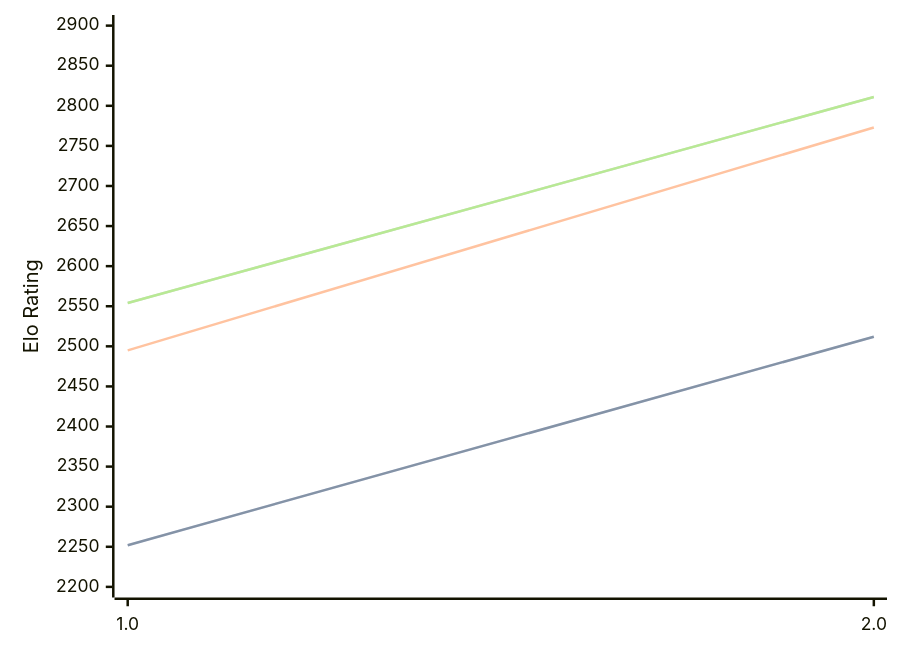
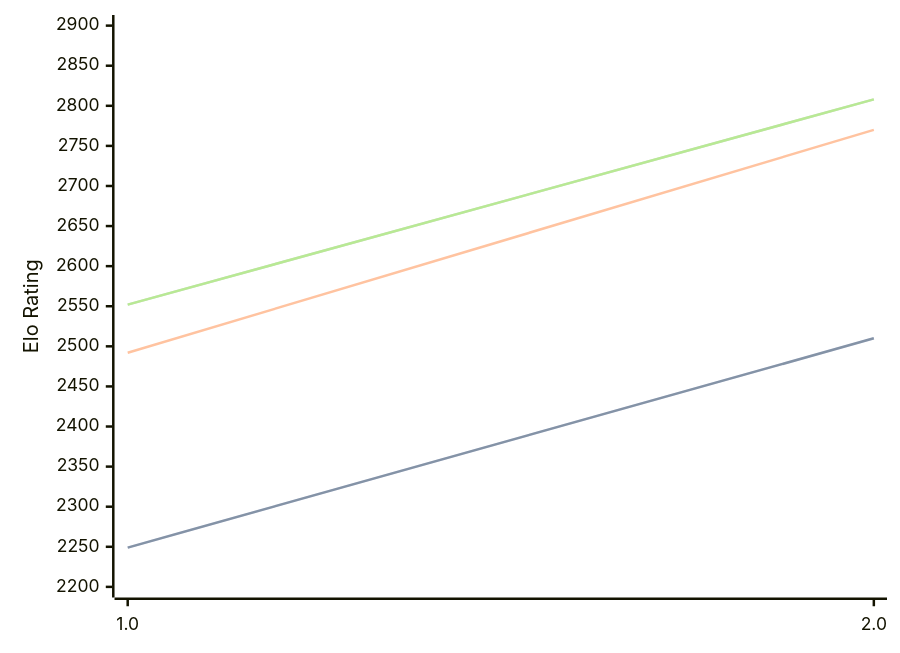
Before and after one commit to computer-chess-index/cci: the diagram in engines/Revolver.md, drawn with Mermaid. The commit also changed other lines of this file, not shown here.

Commit message:
Update CCI Ratings (ELO VLTC) - 2026-06-08

````diff
--- a/engines/Revolver.md
+++ b/engines/Revolver.md
@@ -32,11 +32,11 @@
 ```mermaid
 %%{init: {"theme":"base","themeVariables":{"seriesColors:['#a3a3a3','#222221','#faa371']}}}%%
 xychart-beta
   x-axis ["1.0", "2.0"]
   y-axis "Elo Rating" 2200 --> 2900
-  line "STC (8.0+0.08s)" [2252, 2512]
-  line "STC (8.0+0.08s)" [2252, 2512]
-  line "LTC (60.0+0.60s)" [2495, 2773]
-  line "VLTC (2m24s+1.12s)" [2554, 2811]
-  line "VLTC (2m24s+1.12s)" [2554, 2811]
+  line "STC (8.0+0.08s)" [2249, 2510]
+  line "STC (8.0+0.08s)" [2249, 2510]
+  line "LTC (60.0+0.60s)" [2492, 2770]
+  line "VLTC (2m24s+1.12s)" [2552, 2808]
+  line "VLTC (2m24s+1.12s)" [2552, 2808]
 ```
````
